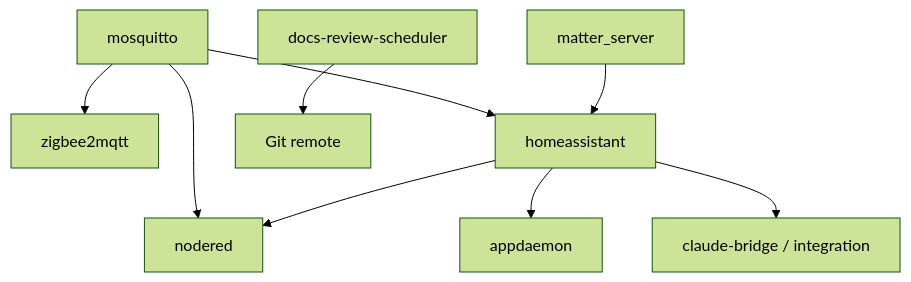
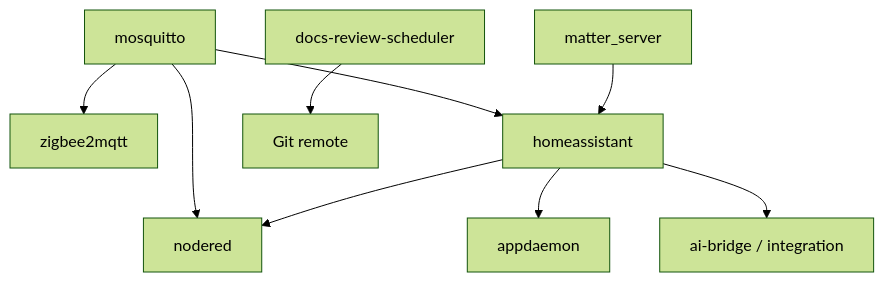
Before and after one commit to gabrafur/my_smart_home: the diagram in docs/CONTAINERS.en.md, drawn with Mermaid (forest theme). The commit also changed other lines of this file and 32 other files, not shown here.

````diff
--- a/docs/CONTAINERS.en.md
+++ b/docs/CONTAINERS.en.md
@@ -119,11 +119,11 @@
 ```mermaid
 flowchart TD
     MQ[mosquitto] --> Z2M[zigbee2mqtt]
     MQ --> HA[homeassistant]
     MAT[matter_server] --> HA
     MQ --> NR[nodered]
     HA --> NR
     HA --> AD[appdaemon]
-    HA --> BR[claude-bridge / integration]
+    HA --> BR[ai-bridge / integration]
     SCH[docs-review-scheduler] --> GIT[Git remote]
 ```
````
